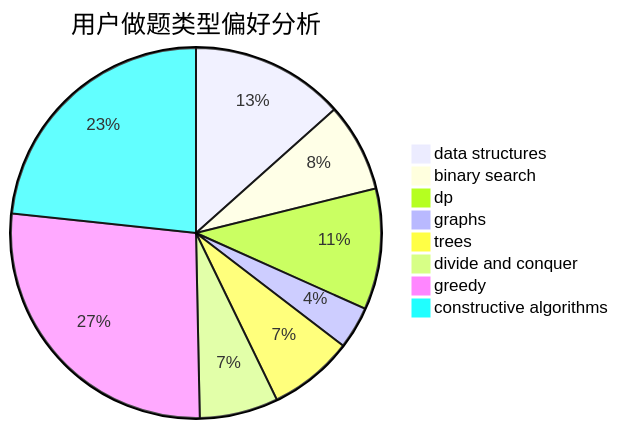
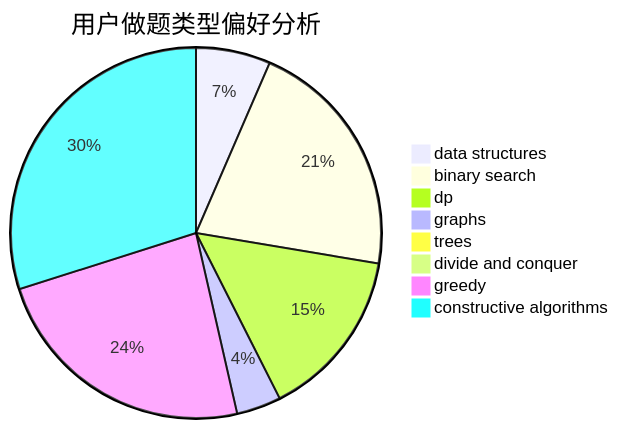
The second of 3 diagrams in docs/user/u2003.md (sherpahu/cfrs.github.io), drawn with Mermaid before and after one commit. The commit also changed other lines of this file and 2770 other files, not shown here.

````diff
--- a/docs/user/u2003.md
+++ b/docs/user/u2003.md
@@ -23,11 +23,11 @@
 ```mermaid
 pie title 用户做题类型偏好分析
-    "data structures" :  123
-    "binary search" :  71
-    "dp" :  97
-    "graphs" :  34
-    "trees" :  68
-    "divide and conquer" :  63
-    "greedy" :  248
-    "constructive algorithms" :  214
+    "data structures" :  72
+    "binary search" :  234
+    "dp" :  165
+    "graphs" :  43
+    "trees" :  0
+    "divide and conquer" :  0
+    "greedy" :  262
+    "constructive algorithms" :  331
 ```
````
